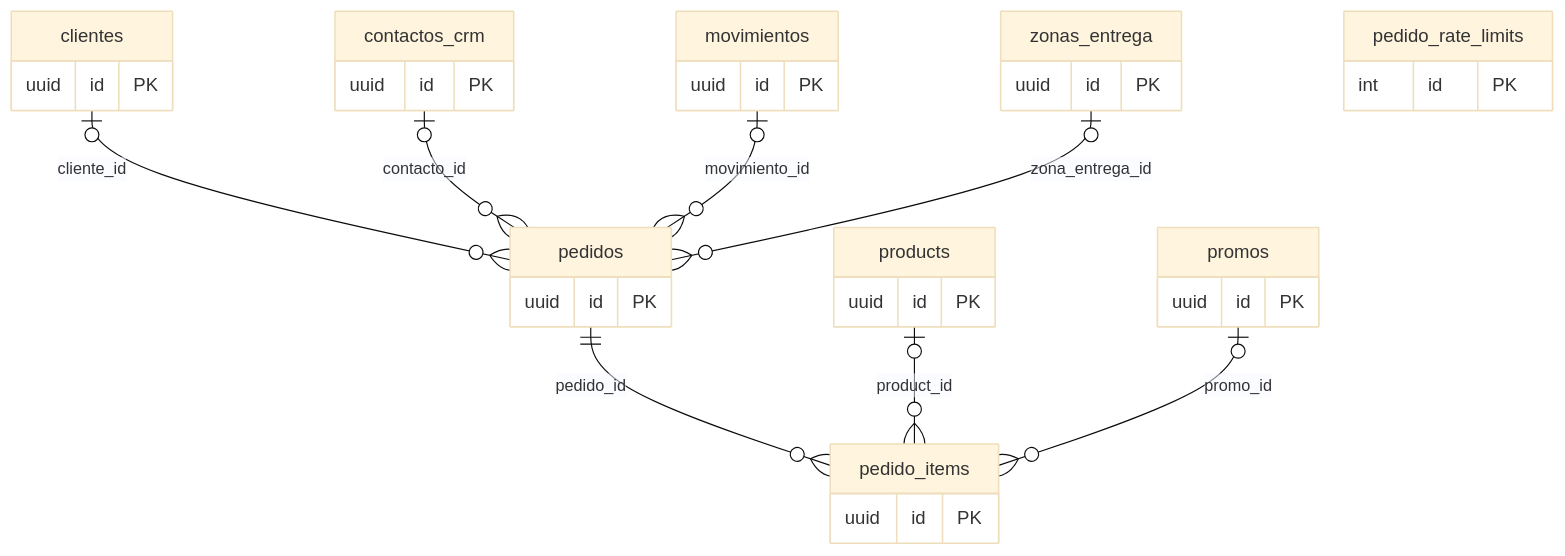
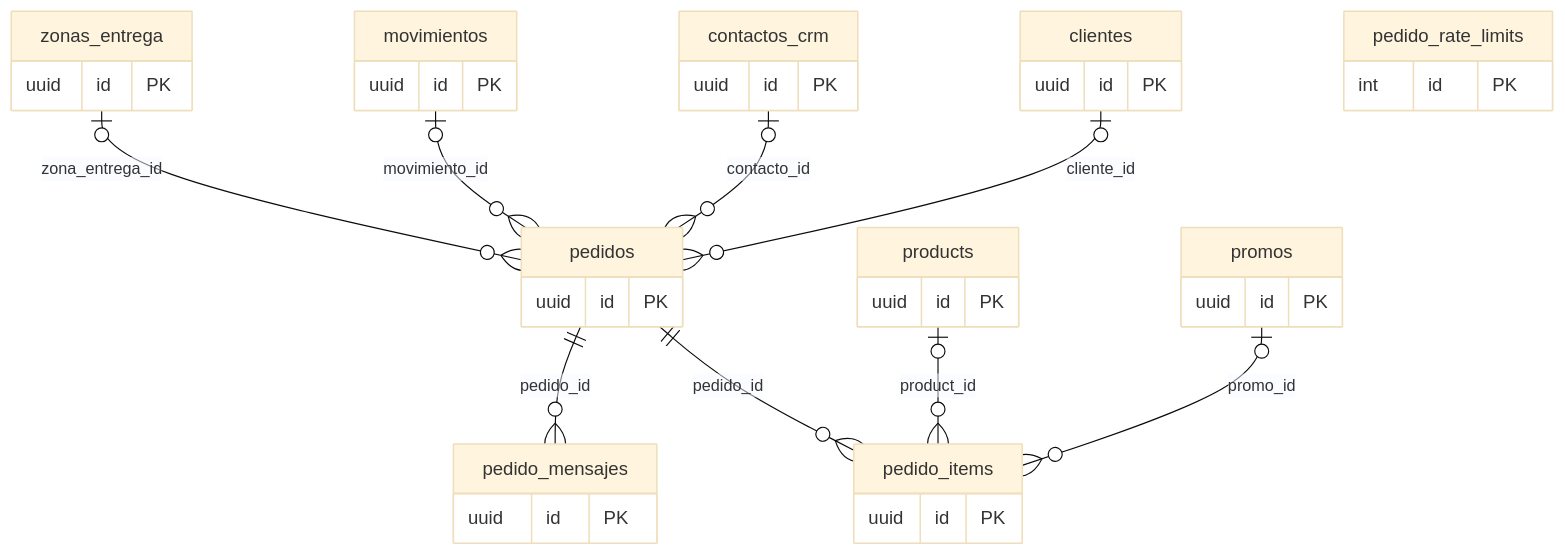
The seventh of 8 diagrams in docs/base-de-datos.md (gabriel-300/kioscos-ideia), drawn with Mermaid (base theme) before and after one commit. The commit also changed other lines of this file and 14 other files, not shown here.

````diff
--- a/docs/base-de-datos.md
+++ b/docs/base-de-datos.md
@@ -1318,37 +1318,41 @@
 ```mermaid
 erDiagram
   pedidos ||--o{ pedido_items : "pedido_id"
   products |o--o{ pedido_items : "product_id"
   promos |o--o{ pedido_items : "promo_id"
+  pedidos ||--o{ pedido_mensajes : "pedido_id"
   clientes |o--o{ pedidos : "cliente_id"
   contactos_crm |o--o{ pedidos : "contacto_id"
   movimientos |o--o{ pedidos : "movimiento_id"
   zonas_entrega |o--o{ pedidos : "zona_entrega_id"
   pedidos {
     uuid id PK
   }
   clientes {
     uuid id PK
   }
   pedido_items {
     uuid id PK
   }
   zonas_entrega {
+    uuid id PK
+  }
+  pedido_mensajes {
     uuid id PK
   }
   pedido_rate_limits {
     int id PK
   }
   products {
     uuid id PK
   }
   promos {
     uuid id PK
   }
   contactos_crm {
     uuid id PK
   }
   movimientos {
     uuid id PK
   }
 ```
````
